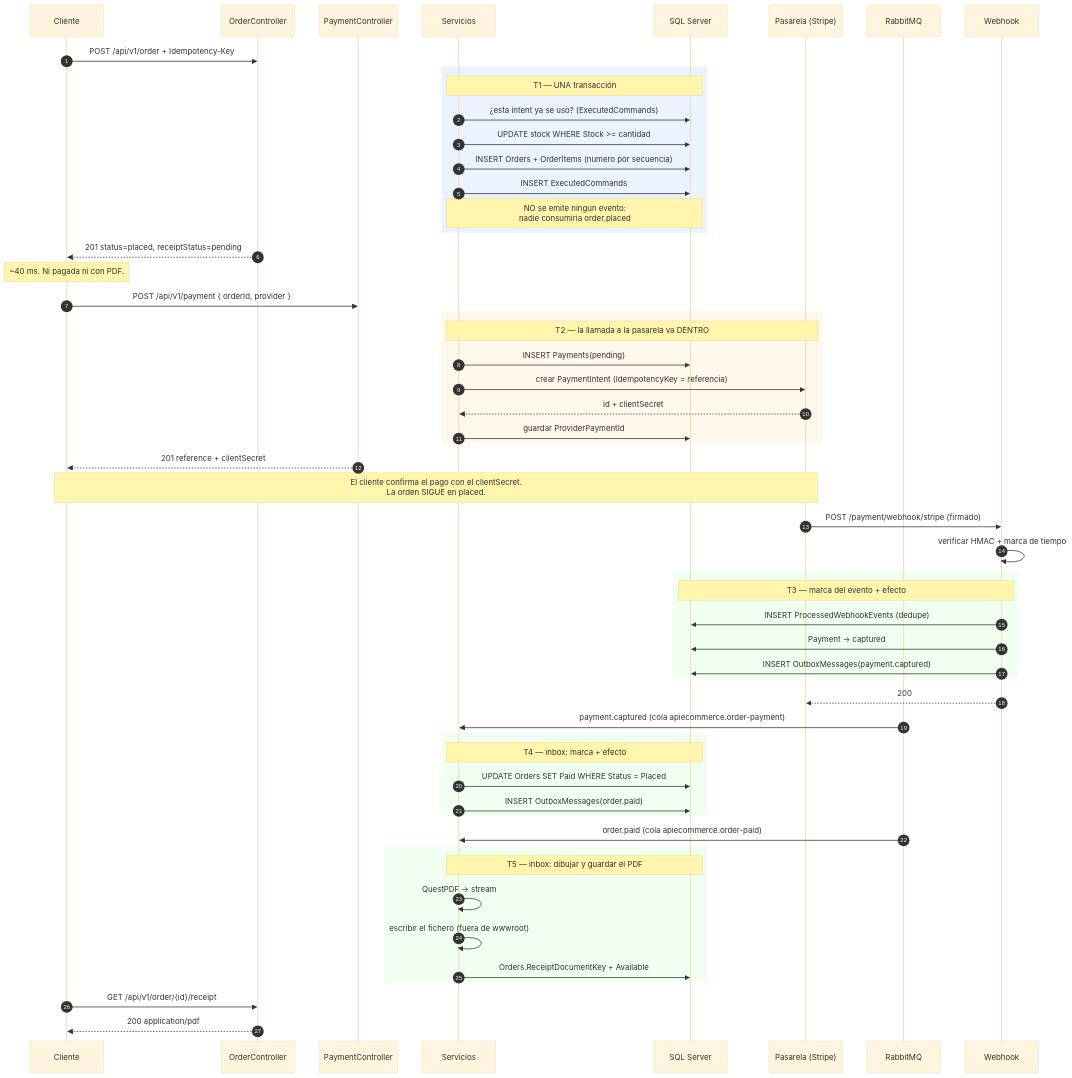
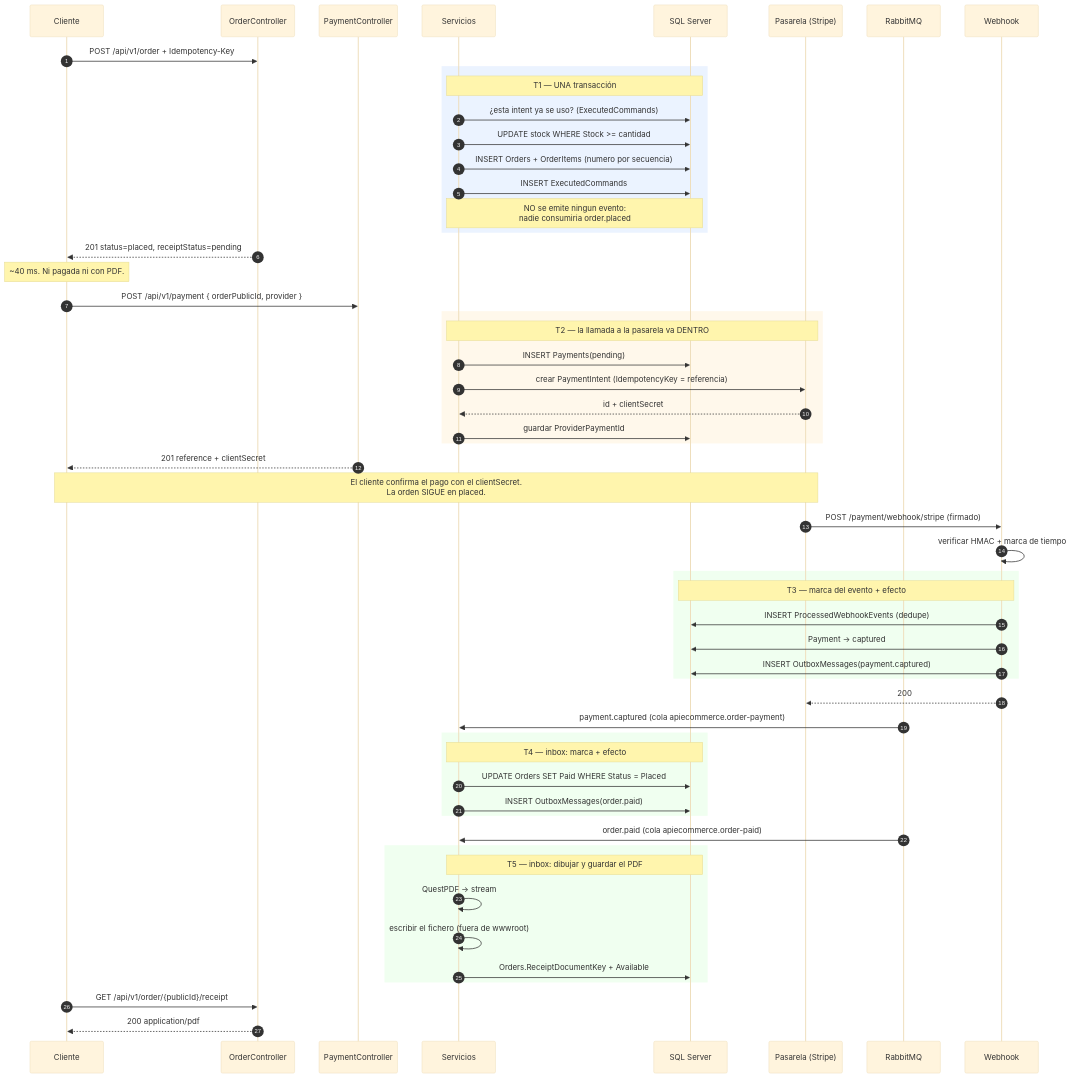
The second of 6 diagrams in AGENTS/docs/08-mapa-de-endpoints.md (AlexMartin998/dotnet-ecommerce-v1), drawn with Mermaid (base theme) before and after one commit. The commit also changed other lines of this file and 52 other files, not shown here.

Commit message:
feat(api): expose public UUIDs instead of primary keys in routes

````diff
--- a/AGENTS/docs/08-mapa-de-endpoints.md
+++ b/AGENTS/docs/08-mapa-de-endpoints.md
@@ -242,63 +249,63 @@
 ```mermaid
 sequenceDiagram
     autonumber
     participant C as Cliente
     participant O as OrderController
     participant P as PaymentController
     participant S as Servicios
     participant DB as SQL Server
     participant G as Pasarela (Stripe)
     participant MQ as RabbitMQ
     participant W as Webhook
 
     C->>O: POST /api/v1/order + Idempotency-Key
     rect rgb(235, 243, 255)
     Note over S,DB: T1 — UNA transacción
     S->>DB: ¿esta intent ya se uso? (ExecutedCommands)
     S->>DB: UPDATE stock WHERE Stock >= cantidad
     S->>DB: INSERT Orders + OrderItems (numero por secuencia)
     S->>DB: INSERT ExecutedCommands
     Note over S,DB: NO se emite ningun evento:<br/>nadie consumiria order.placed
     end
     O-->>C: 201 status=placed, receiptStatus=pending
     Note over C: ~40 ms. Ni pagada ni con PDF.
 
-    C->>P: POST /api/v1/payment { orderId, provider }
+    C->>P: POST /api/v1/payment { orderPublicId, provider }
     rect rgb(255, 248, 235)
     Note over S,G: T2 — la llamada a la pasarela va DENTRO
     S->>DB: INSERT Payments(pending)
     S->>G: crear PaymentIntent (IdempotencyKey = referencia)
     G-->>S: id + clientSecret
     S->>DB: guardar ProviderPaymentId
     end
     P-->>C: 201 reference + clientSecret
     Note over C,G: El cliente confirma el pago con el clientSecret.<br/>La orden SIGUE en placed.
 
     G->>W: POST /payment/webhook/stripe (firmado)
     W->>W: verificar HMAC + marca de tiempo
     rect rgb(240, 255, 240)
     Note over W,DB: T3 — marca del evento + efecto
     W->>DB: INSERT ProcessedWebhookEvents (dedupe)
     W->>DB: Payment -> captured
     W->>DB: INSERT OutboxMessages(payment.captured)
     end
     W-->>G: 200
 
     MQ->>S: payment.captured (cola apiecommerce.order-payment)
     rect rgb(240, 255, 240)
     Note over S,DB: T4 — inbox: marca + efecto
     S->>DB: UPDATE Orders SET Paid WHERE Status = Placed
     S->>DB: INSERT OutboxMessages(order.paid)
     end
 
     MQ->>S: order.paid (cola apiecommerce.order-paid)
     rect rgb(240, 255, 240)
     Note over S,DB: T5 — inbox: dibujar y guardar el PDF
     S->>S: QuestPDF -> stream
     S->>S: escribir el fichero (fuera de wwwroot)
     S->>DB: Orders.ReceiptDocumentKey + Available
     end
 
-    C->>O: GET /api/v1/order/{id}/receipt
+    C->>O: GET /api/v1/order/{publicId}/receipt
     O-->>C: 200 application/pdf
 ```
````
